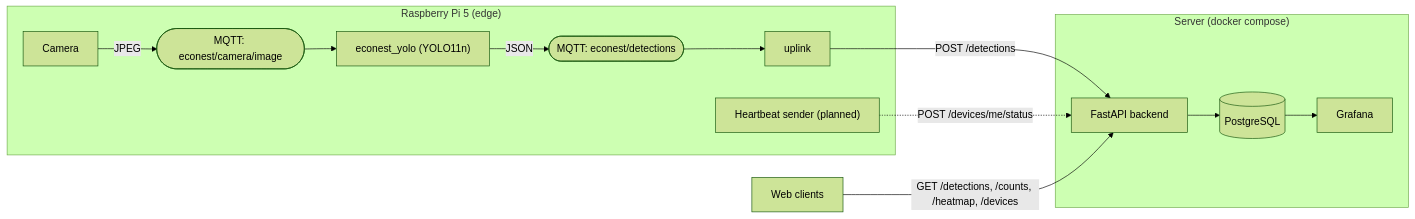
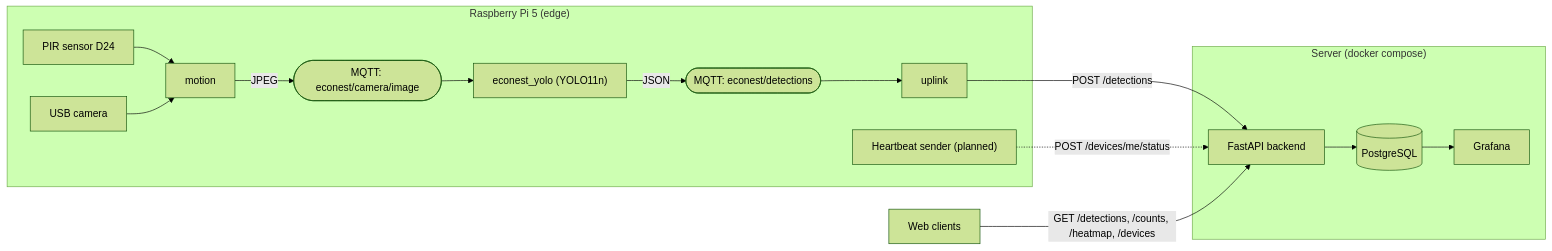
One commit to Potzon/EcoNest changed the diagram in README.md. Above: the diagram before and after it, drawn with Mermaid (forest theme). The commit also changed other lines of this file and 5 other files, not shown here.

Commit message:
Add motion-triggered camera capture process for the Raspberry Pi

````diff
--- a/README.md
+++ b/README.md
@@ -34,17 +34,19 @@
 ```mermaid
 flowchart LR
     subgraph Pi["Raspberry Pi 5 (edge)"]
-        CAM[Camera] -->|JPEG| M1([MQTT: econest/camera/image])
+        PIR[PIR sensor D24] --> MOT[motion]
+        CAM[USB camera] --> MOT
+        MOT -->|JPEG| M1([MQTT: econest/camera/image])
         M1 --> YOLO["econest_yolo (YOLO11n)"]
         YOLO -->|JSON| M2([MQTT: econest/detections])
         M2 --> UP[uplink]
         HB["Heartbeat sender (planned)"]
     end
     subgraph Server["Server (docker compose)"]
         API[FastAPI backend] --> DB[(PostgreSQL)]
         DB --> GRAF[Grafana]
     end
     UP -->|POST /detections| API
     HB -.->|POST /devices/me/status| API
     WEB[Web clients] -->|GET /detections, /counts, /heatmap, /devices| API
 ```
````
